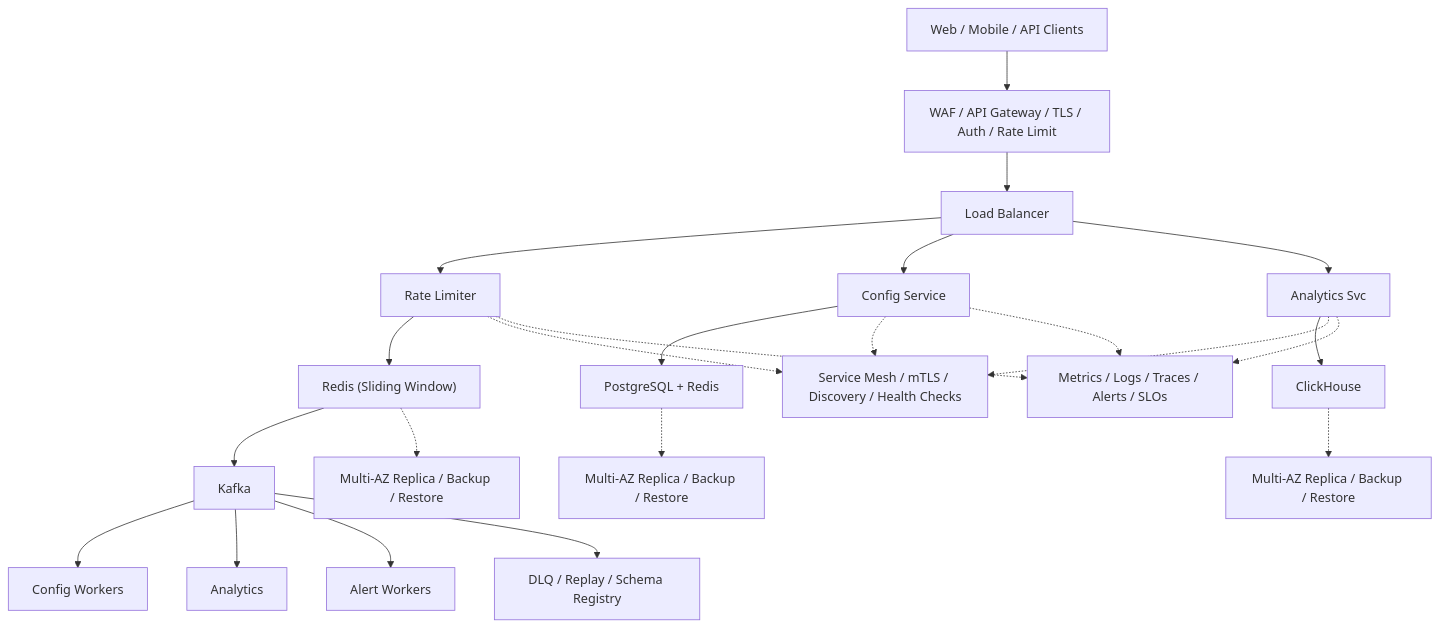
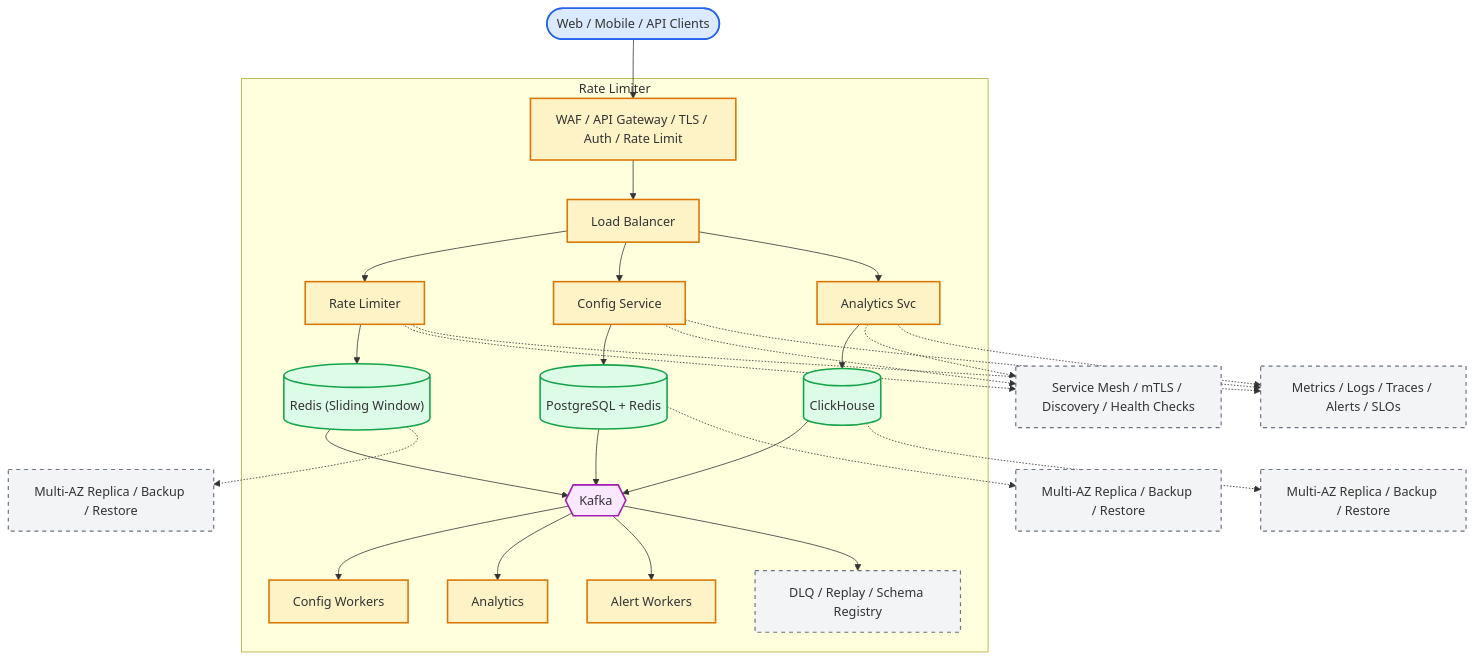
One commit to aishwary11/system-design changed the diagram in system-design-rate-limiter.md. Above: the diagram before and after it, drawn with Mermaid. The commit also changed other lines of this file and 36 other files, not shown here.

First line of the commit message:
Standardize all diagrams on C4-style Mermaid template

````diff
--- a/system-design-rate-limiter.md
+++ b/system-design-rate-limiter.md
@@ -41,25 +41,65 @@
 ```mermaid
 flowchart TB
-    clients["Web / Mobile / API Clients"] --> edge["WAF / API Gateway / TLS / Auth / Rate Limit"]
-    edge --> lb["Load Balancer"]
-    lb --> svc0["Rate Limiter"]
-    lb --> svc1["Config Service"]
-    lb --> svc2["Analytics Svc"]
-    svc0 --> store0["Redis (Sliding Window)"]
-    svc1 --> store1["PostgreSQL + Redis"]
-    svc2 --> store2["ClickHouse"]
-    store0 --> stream["Kafka"]
-    stream --> worker0["Config Workers"]
-    stream --> worker1["Analytics"]
-    stream --> worker2["Alert Workers"]
-    svc0 -.-> platform["Service Mesh / mTLS / Discovery / Health Checks"]
-    svc1 -.-> platform
-    svc2 -.-> platform
-    store0 -.-> backup0["Multi-AZ Replica / Backup / Restore"]
-    store1 -.-> backup1["Multi-AZ Replica / Backup / Restore"]
-    store2 -.-> backup2["Multi-AZ Replica / Backup / Restore"]
-    stream --> dlq["DLQ / Replay / Schema Registry"]
-    svc0 -.-> ops["Metrics / Logs / Traces / Alerts / SLOs"]
+    %% Actors (people)
+    clients(["Web / Mobile / API Clients"])
+
+    %% System boundary - containers owned by the platform
+    subgraph platform["Rate Limiter"]
+        edge["WAF / API Gateway / TLS / Auth / Rate Limit"]
+        lb["Load Balancer"]
+        svc0["Rate Limiter"]
+        svc1["Config Service"]
+        svc2["Analytics Svc"]
+        store0[("Redis (Sliding Window)")]
+        store1[("PostgreSQL + Redis")]
+        store2[("ClickHouse")]
+        stream{{"Kafka"}}
+        worker0["Config Workers"]
+        worker1["Analytics"]
+        worker2["Alert Workers"]
+        dlq["DLQ / Replay / Schema Registry"]
+    end
+
+    %% Cross-cutting control plane (dashed edges)
+    mesh["Service Mesh / mTLS / Discovery / Health Checks"]
+    ops["Metrics / Logs / Traces / Alerts / SLOs"]
+    backup0["Multi-AZ Replica / Backup / Restore"]
+    backup1["Multi-AZ Replica / Backup / Restore"]
+    backup2["Multi-AZ Replica / Backup / Restore"]
+
+    clients --> edge
+    edge --> lb
+    lb --> svc0
+    lb --> svc1
+    lb --> svc2
+    svc0 --> store0
+    svc1 --> store1
+    svc2 --> store2
+    store0 --> stream
+    store1 --> stream
+    store2 --> stream
+    stream --> worker0
+    stream --> worker1
+    stream --> worker2
+    stream --> dlq
+    svc0 -.-> mesh
+    svc1 -.-> mesh
+    svc2 -.-> mesh
+    svc0 -.-> ops
     svc1 -.-> ops
     svc2 -.-> ops
+    store0 -.-> backup0
+    store1 -.-> backup1
+    store2 -.-> backup2
+
+    classDef actor fill:#dbeafe,stroke:#2563eb,stroke-width:2px
+    classDef service fill:#fef3c7,stroke:#d97706,stroke-width:2px
+    classDef store fill:#dcfce7,stroke:#16a34a,stroke-width:2px
+    classDef broker fill:#fae8ff,stroke:#a21caf,stroke-width:2px
+    classDef control fill:#f3f4f6,stroke:#6b7280,stroke-width:1.5px,stroke-dasharray:5 5
+    class clients actor
+    class edge,lb,svc0,svc1,svc2,worker0,worker1,worker2 service
+    class store0,store1,store2 store
+    class stream broker
+    class dlq,mesh,ops,backup0,backup1,backup2 control
 ```
````
